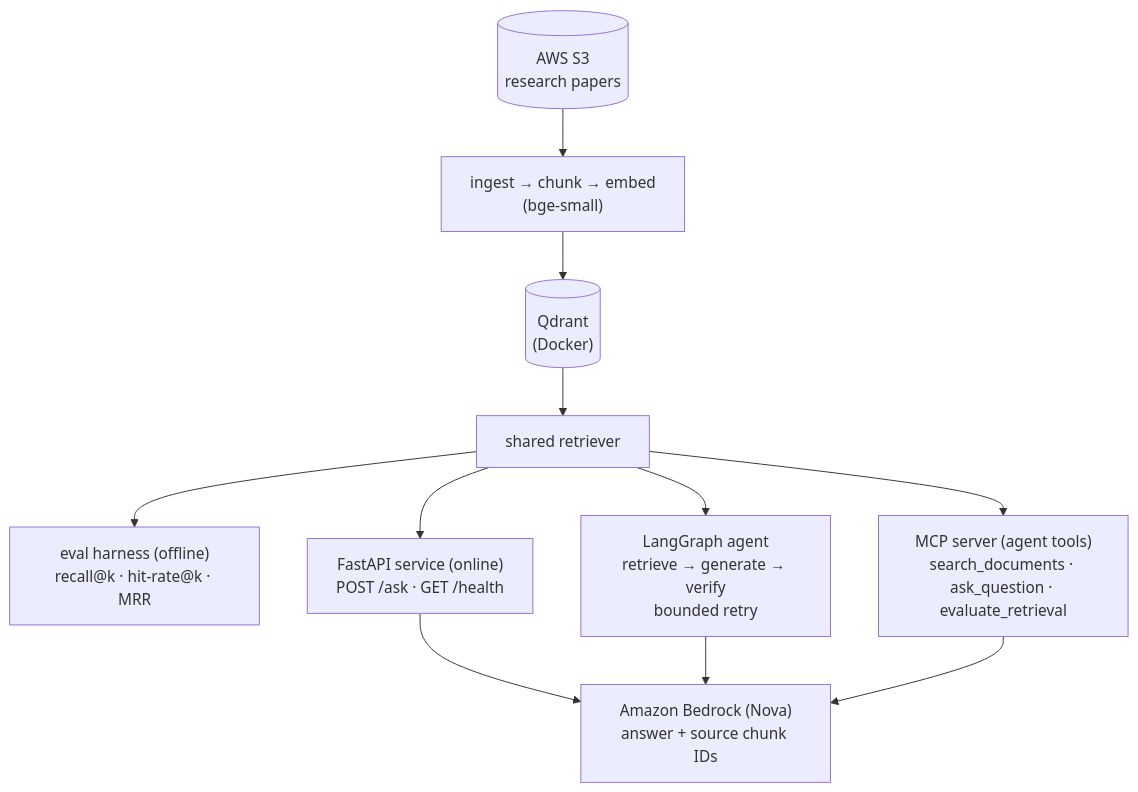
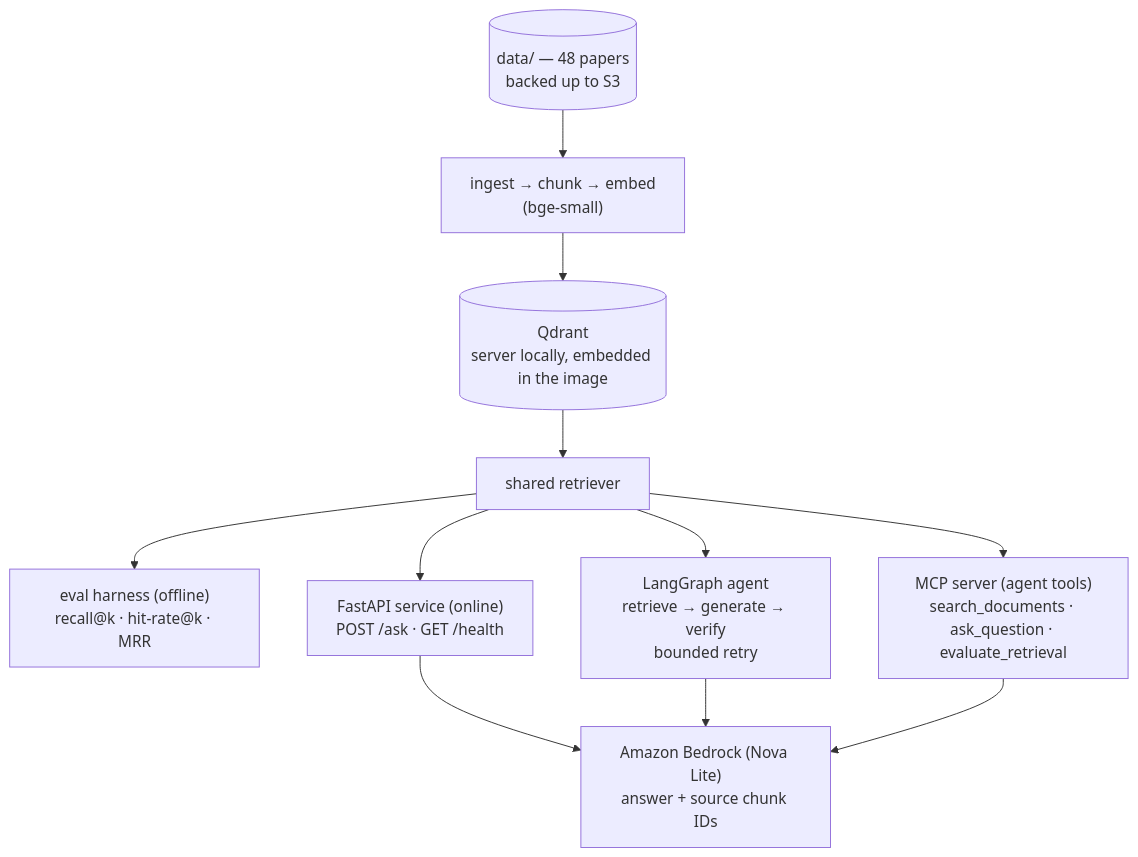
One commit to zenith19/rag-eval-pipeline changed the first of 3 diagrams in README.md. Above: the diagram before and after it, drawn with Mermaid. The commit also changed other lines of this file and 1 other file, not shown here.

````diff
--- a/README.md
+++ b/README.md
@@ -72,15 +81,15 @@
 ```mermaid
 flowchart TD
-    S3[("AWS S3<br/>research papers")] --> ING["ingest &rarr; chunk &rarr; embed<br/>(bge-small)"]
-    ING --> Q[("Qdrant<br/>(Docker)")]
+    D[("data/ &mdash; 48 papers<br/>backed up to S3")] --> ING["ingest &rarr; chunk &rarr; embed<br/>(bge-small)"]
+    ING --> Q[("Qdrant<br/>server locally, embedded in the image")]
     Q --> R["shared retriever"]
 
     R --> EV["eval harness (offline)<br/>recall@k &middot; hit-rate@k &middot; MRR"]
     R --> API["FastAPI service (online)<br/>POST /ask &middot; GET /health"]
     R --> AG["LangGraph agent<br/>retrieve &rarr; generate &rarr; verify<br/>bounded retry"]
     R --> MCP["MCP server (agent tools)<br/>search_documents &middot; ask_question &middot; evaluate_retrieval"]
 
-    API --> BR["Amazon Bedrock (Nova)<br/>answer + source chunk IDs"]
+    API --> BR["Amazon Bedrock (Nova Lite)<br/>answer + source chunk IDs"]
     AG --> BR
     MCP --> BR
 ```
````
